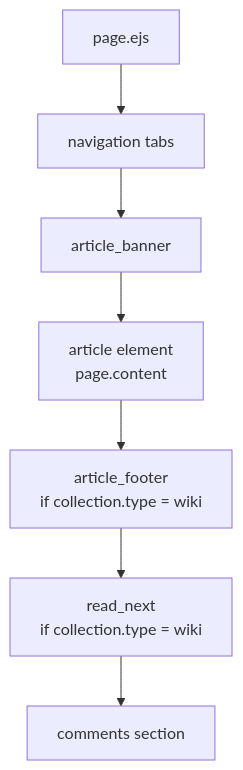
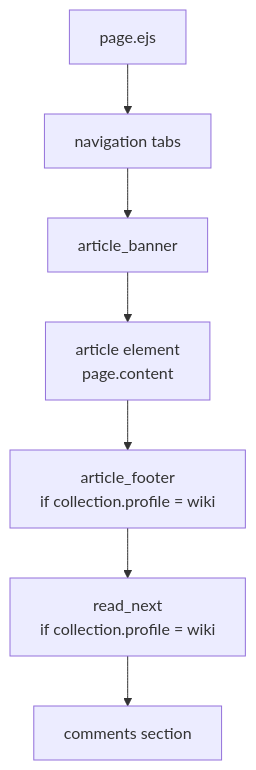
One commit to xaoxuu/hexo-theme-stellar changed the sixth of 6 diagrams in docs/knowledge/03-内容系统/wiki-docs.md. Above: the diagram before and after it, drawn with Mermaid. The commit also changed other lines of this file and 101 other files, not shown here.

````diff
--- a/docs/knowledge/03-内容系统/wiki-docs.md
+++ b/docs/knowledge/03-内容系统/wiki-docs.md
@@ -427,9 +427,9 @@
 ```mermaid
 flowchart TD
     A["page.ejs"] --> B["navigation tabs"]
     B --> C["article_banner"]
     C --> D["article element\npage.content"]
-    D --> E["article_footer\nif collection.type = wiki"]
-    E --> F["read_next\nif collection.type = wiki"]
+    D --> E["article_footer\nif collection.profile = wiki"]
+    E --> F["read_next\nif collection.profile = wiki"]
     F --> G["comments section"]
 ```
````
